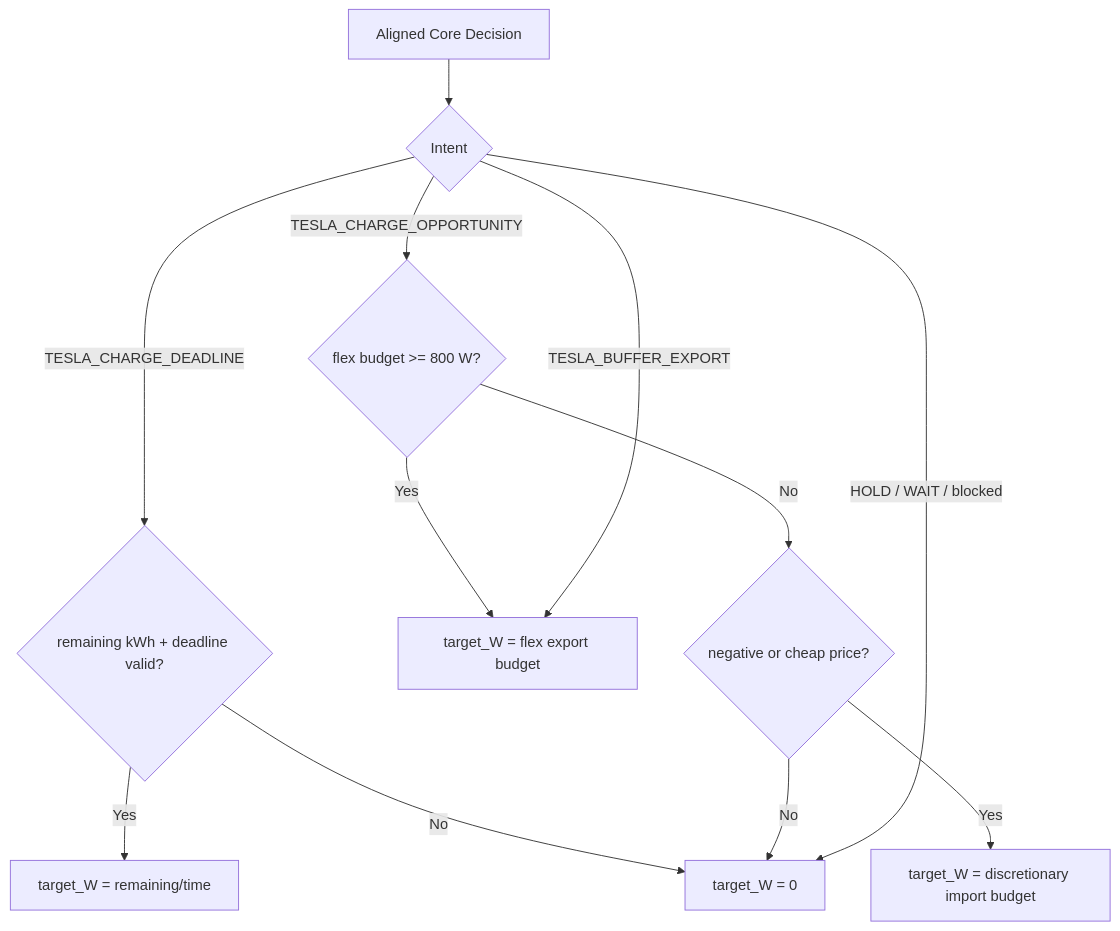
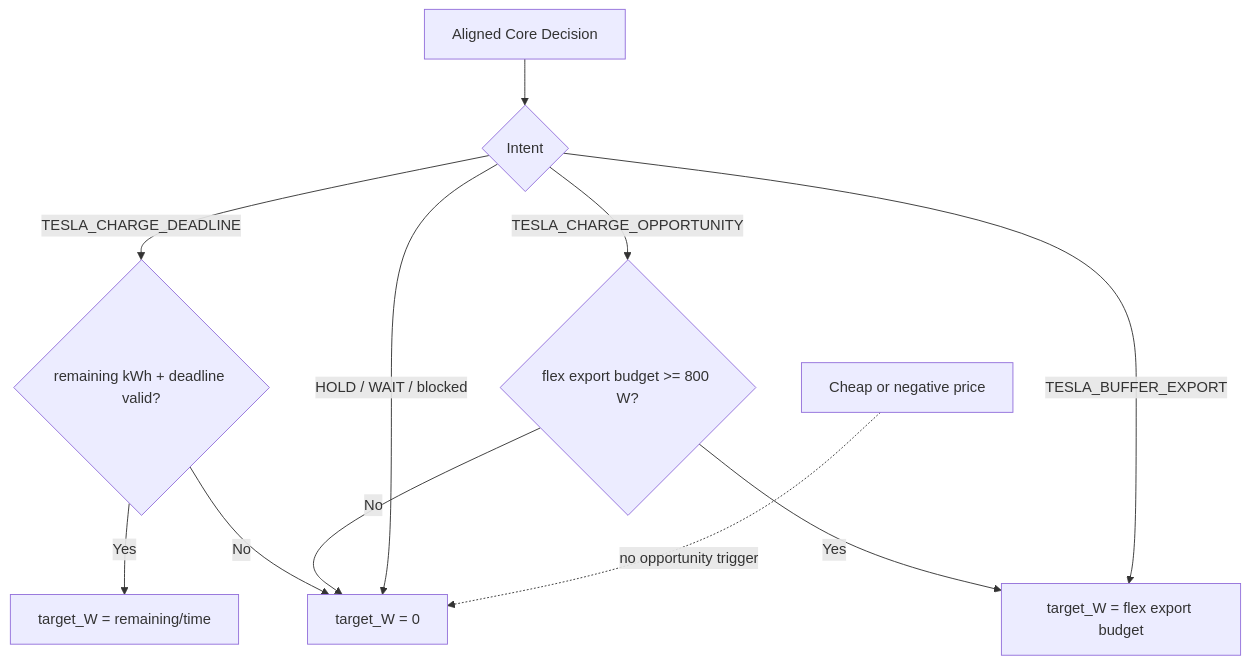
The fifth of 9 diagrams in docs/software-architecture/flows/planner-power-intent-flow.md (OnsKasteeltje/homey-energy-manual), drawn with Mermaid before and after one commit. The commit also changed other lines of this file, not shown here.

Commit message:
docs: correct Tesla opportunity and deadline flow policy

````diff
--- a/docs/software-architecture/flows/planner-power-intent-flow.md
+++ b/docs/software-architecture/flows/planner-power-intent-flow.md
@@ -207,14 +216,13 @@
 ```mermaid
 flowchart TD
     A[Aligned Core Decision] --> B{Intent}
     B -->|TESLA_CHARGE_DEADLINE| C{remaining kWh + deadline valid?}
     C -->|Yes| D[target_W = remaining/time]
     C -->|No| E[target_W = 0]
-    B -->|TESLA_CHARGE_OPPORTUNITY| F{flex budget >= 800 W?}
+    B -->|TESLA_CHARGE_OPPORTUNITY| F{flex export budget >= 800 W?}
     F -->|Yes| G[target_W = flex export budget]
-    F -->|No| H{negative or cheap price?}
-    H -->|Yes| I[target_W = discretionary import budget]
-    H -->|No| E
+    F -->|No| E
     B -->|TESLA_BUFFER_EXPORT| G
     B -->|HOLD / WAIT / blocked| E
+    H[Cheap or negative price] -. no opportunity trigger .-> E
 ```
````
